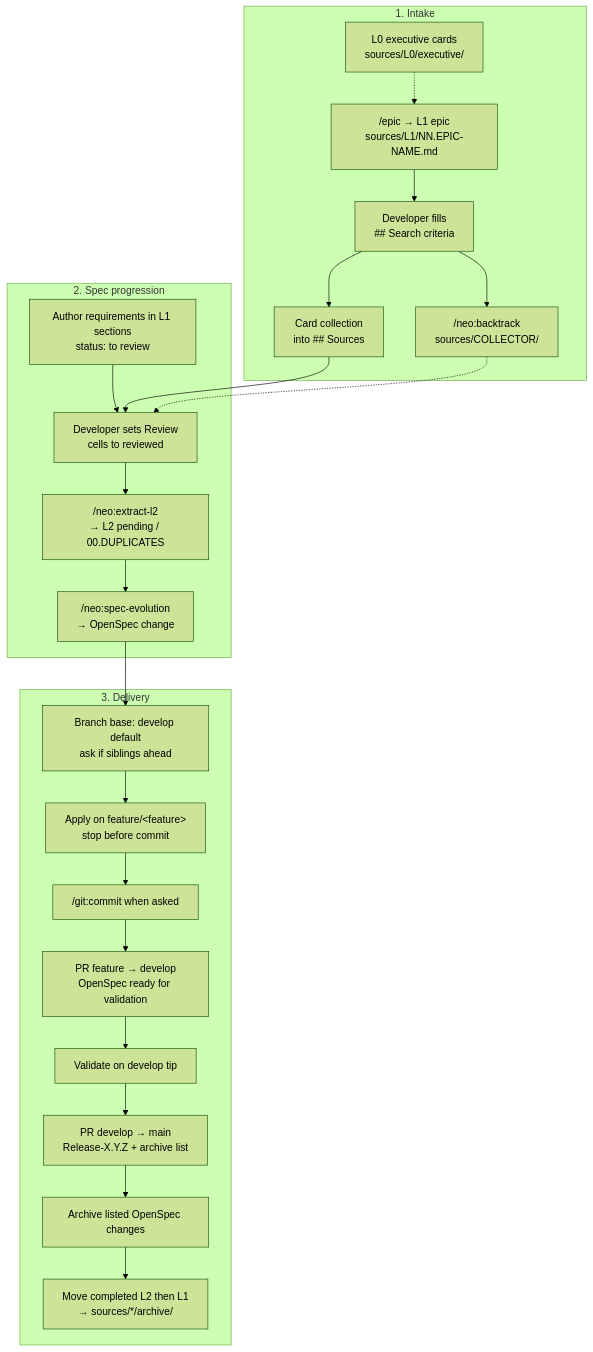
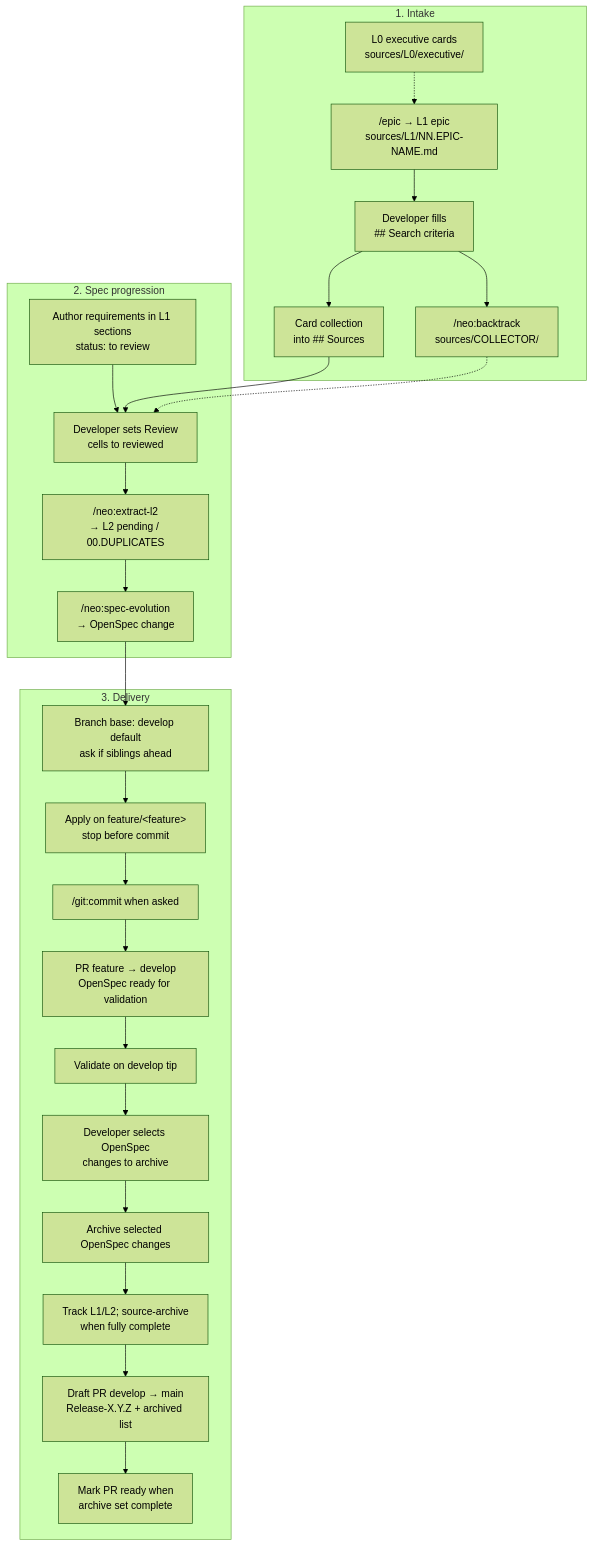
Before and after one commit to AdamAntinoo/neocom-meta: the first of 10 diagrams in .dsh/METHODOLOGY.md, drawn with Mermaid (forest theme). The commit also changed other lines of this file and 90 other files, not shown here.

````diff
--- a/.dsh/METHODOLOGY.md
+++ b/.dsh/METHODOLOGY.md
@@ -22,38 +22,40 @@
 ```mermaid
 flowchart TB
   subgraph intake["1. Intake"]
     L0["L0 executive cards<br/>sources/L0/executive/"]
     epic["/epic → L1 epic<br/>sources/L1/NN.EPIC-NAME.md"]
     criteria["Developer fills<br/>## Search criteria"]
     cards["Card collection<br/>into ## Sources"]
     backtrack["/neo:backtrack<br/>sources/COLLECTOR/"]
     L0 -.-> epic
     epic --> criteria
     criteria --> cards
     criteria --> backtrack
   end
 
   subgraph progression["2. Spec progression"]
     author["Author requirements in L1 sections<br/>status: to review"]
     review["Developer sets Review<br/>cells to reviewed"]
     extract["/neo:extract-l2<br/>→ L2 pending / 00.DUPLICATES"]
     evolve["/neo:spec-evolution<br/>→ OpenSpec change"]
     author --> review --> extract --> evolve
   end
 
   subgraph delivery["3. Delivery"]
     base["Branch base: develop default<br/>ask if siblings ahead"]
     apply["Apply on feature/&lt;feature&gt;<br/>stop before commit"]
     commit["/git:commit when asked"]
     prDev["PR feature → develop<br/>OpenSpec ready for validation"]
     val["Validate on develop tip"]
-    prMain["PR develop → main<br/>Release-X.Y.Z + archive list"]
-    archive["Archive listed OpenSpec changes"]
-    srcArch["Move completed L2 then L1<br/>→ sources/*/archive/"]
-    base --> apply --> commit --> prDev --> val --> prMain --> archive --> srcArch
+    pick["Developer selects OpenSpec<br/>changes to archive"]
+    archive["Archive selected OpenSpec changes"]
+    srcArch["Track L1/L2; source-archive<br/>when fully complete"]
+    draft["Draft PR develop → main<br/>Release-X.Y.Z + archived list"]
+    ready["Mark PR ready when<br/>archive set complete"]
+    base --> apply --> commit --> prDev --> val --> pick --> archive --> srcArch --> draft --> ready
   end
 
   cards --> review
   backtrack -.-> review
   evolve --> base
 ```
````
